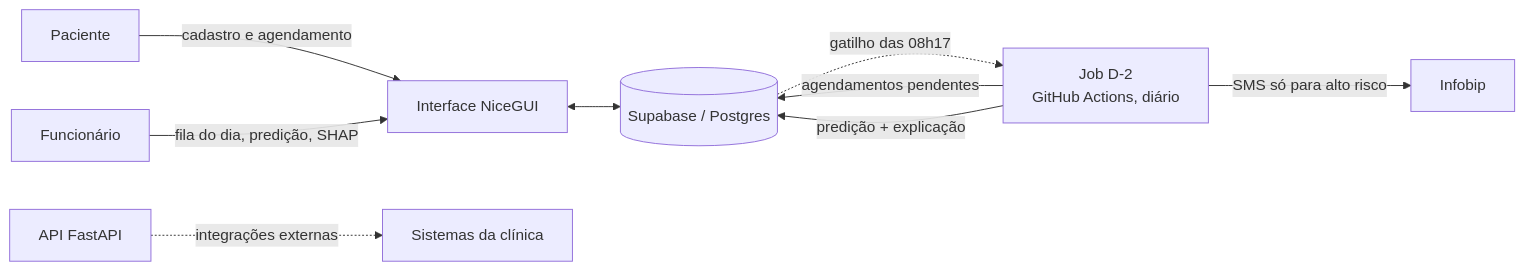
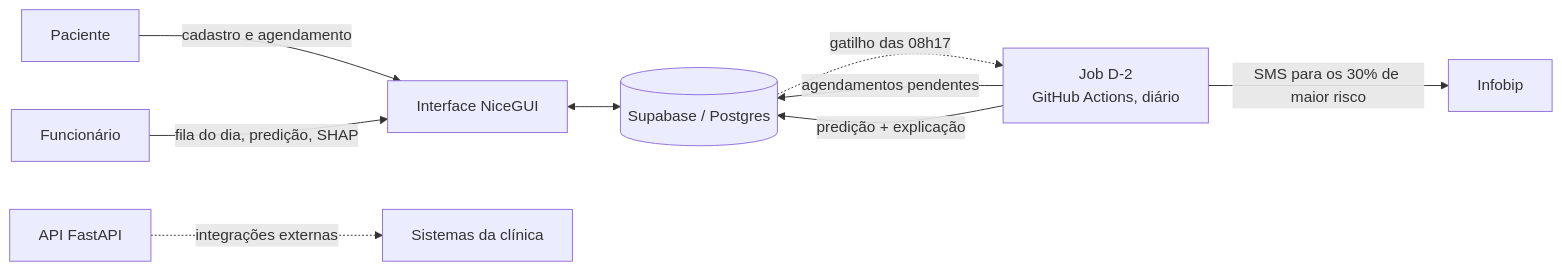
One commit to VL-in/ai-factory-saudeja changed the first of 2 diagrams in README.md. Above: the diagram before and after it, drawn with Mermaid. The commit also changed other lines of this file and 6 other files, not shown here.

````diff
--- a/README.md
+++ b/README.md
@@ -65,11 +98,11 @@
 ```mermaid
 flowchart LR
     P[Paciente] -->|cadastro e agendamento| UI[Interface NiceGUI]
     F[Funcionário] -->|fila do dia, predição, SHAP| UI
     UI <--> DB[(Supabase / Postgres)]
     DB -.->|gatilho das 08h17| JOB
     JOB[Job D-2<br/>GitHub Actions, diário] -->|agendamentos pendentes| DB
     JOB -->|predição + explicação| DB
-    JOB -->|SMS só para alto risco| SMS[Infobip]
+    JOB -->|SMS para os 30% de maior risco| SMS[Infobip]
     API[API FastAPI] -.->|integrações externas| EXT[Sistemas da clínica]
 ```
````
